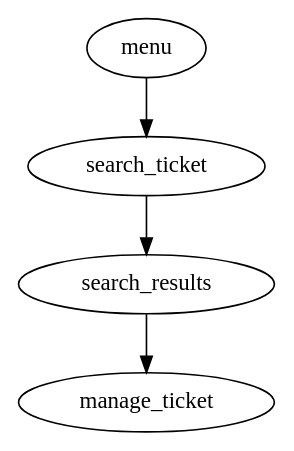
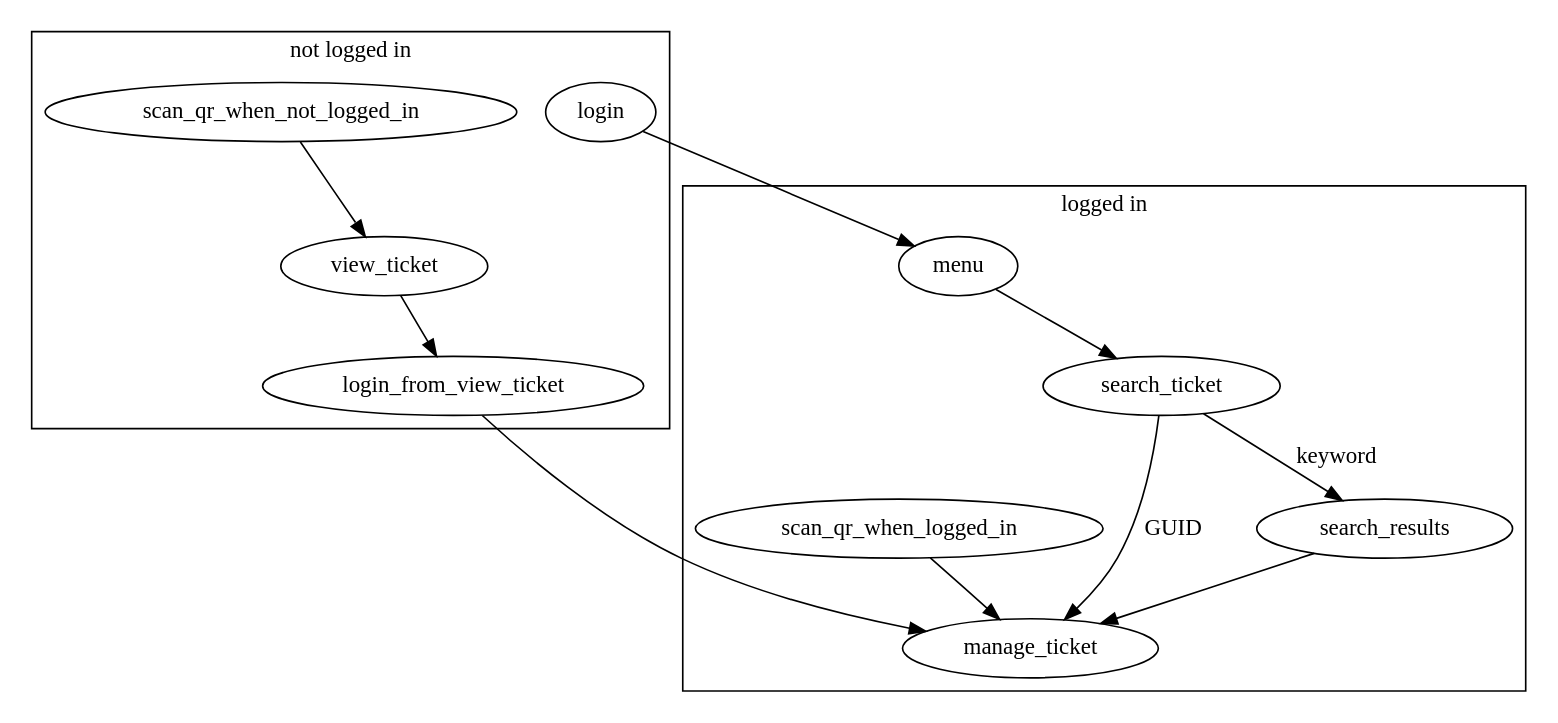
The diagram in retailer/introduction.rst (envris/nationalparks-docs), drawn with Graphviz before and after one commit. The commit also changed other lines of this file, not shown here.

Commit message:
elaborate navigation doc

```diff
--- a/retailer/introduction.rst
+++ b/retailer/introduction.rst
@@ -4,9 +4,25 @@
 .. graphviz::
 
    digraph d {
-      menu;
-      search_ticket;
-      menu -> search_ticket;
-      search_ticket -> search_results;
-      search_results -> manage_ticket;
+      subgraph cluster_loggedin {
+         label="logged in";
+         menu;
+	 scan_qr_when_logged_in;
+	 scan_qr_when_logged_in -> manage_ticket;
+         search_ticket;
+         menu -> search_ticket;
+         search_ticket -> search_results [label="keyword"];
+	 search_ticket -> manage_ticket [label="GUID"];
+         search_results -> manage_ticket;
+      }
+      subgraph cluster_not_loggedin {
+         label="not logged in";
+	 login;
+	 scan_qr_when_not_logged_in -> view_ticket;
+         view_ticket;
+	 login_from_view_ticket;
+	 view_ticket -> login_from_view_ticket;
+      }
+      login -> menu;
+      login_from_view_ticket -> manage_ticket;
    }
```
